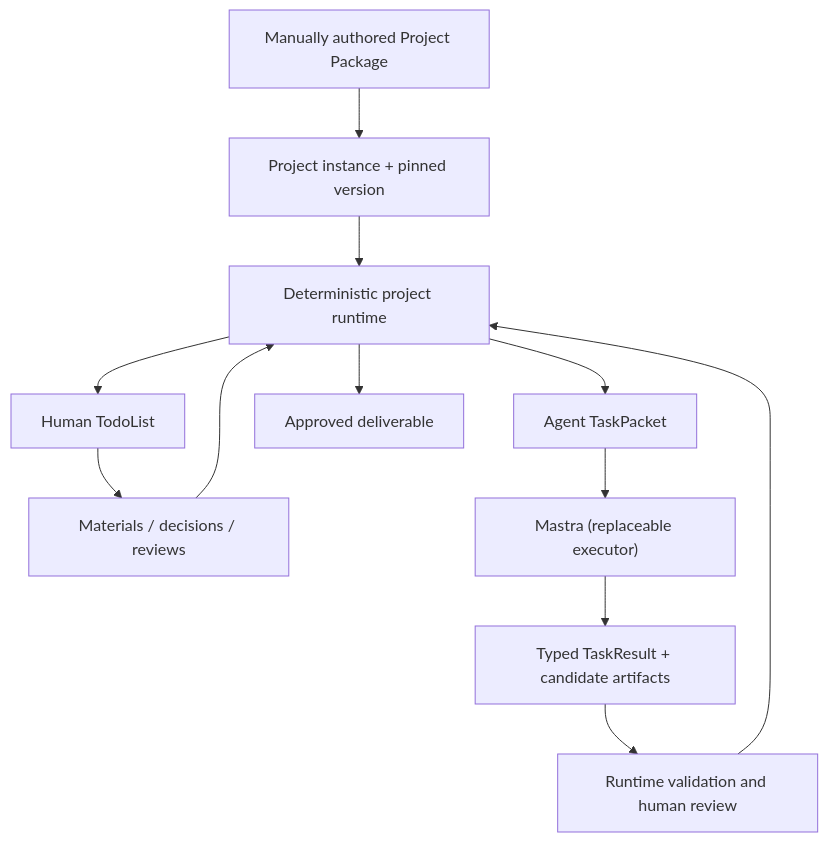
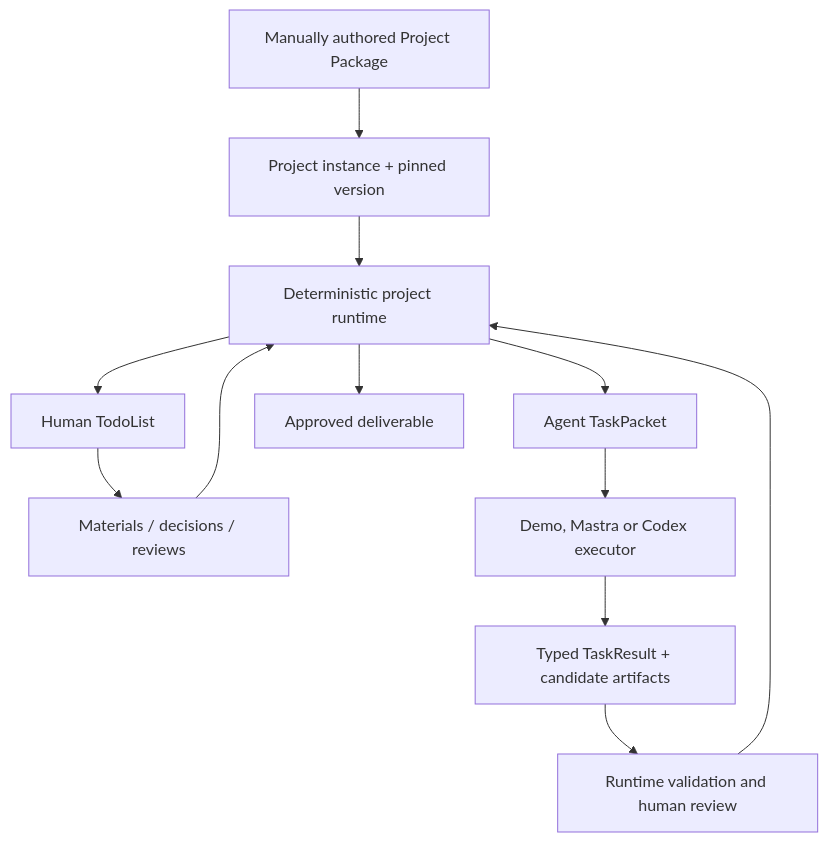
The diagram in README.md (6jingyong/human-harness), drawn with Mermaid before and after one commit. The commit also changed other lines of this file, not shown here.

Commit message:
Update README with Codex MCP setup and verification

````diff
--- a/README.md
+++ b/README.md
@@ -105,14 +120,14 @@
 ```mermaid
 flowchart TD
   A["Manually authored Project Package"] --> B["Project instance + pinned version"]
   B --> C["Deterministic project runtime"]
   C --> D["Human TodoList"]
   C --> E["Agent TaskPacket"]
   D --> F["Materials / decisions / reviews"]
-  E --> G["Mastra (replaceable executor)"]
+  E --> G["Demo, Mastra or Codex executor"]
   G --> H["Typed TaskResult + candidate artifacts"]
   F --> C
   H --> I["Runtime validation and human review"]
   I --> C
   C --> J["Approved deliverable"]
 ```
````
